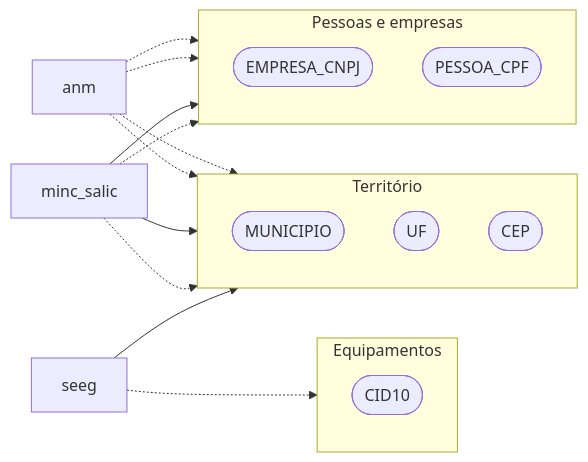
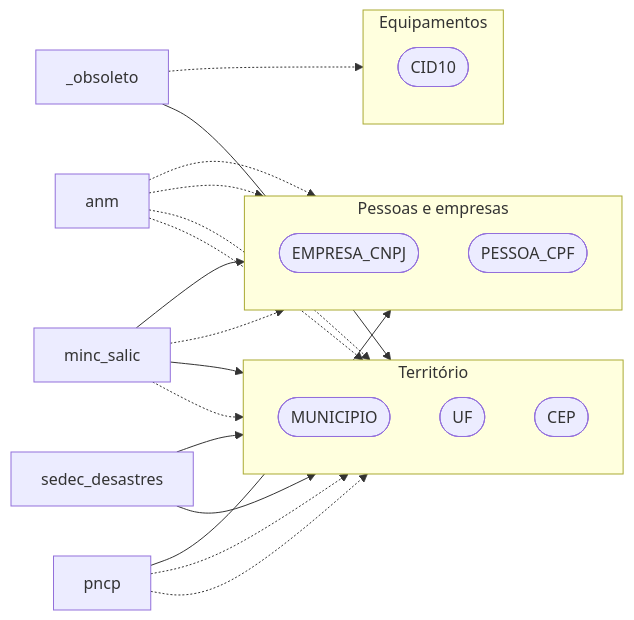
Diagram 12 of 12 in docs/Flow.md (rafapolo/rodado), drawn with Mermaid before and after one commit. The commit also changed other lines of this file and 4 other files, not shown here.

First line of the commit message:
docs: regenera Flow.md/Temas.md (226 datasets), remove benchmarks obsoletos

````diff
--- a/docs/Flow.md
+++ b/docs/Flow.md
@@ -958,31 +1021,38 @@
 ```mermaid
 flowchart LR
+    outros__obsoleto["_obsoleto"]
     outros_br_anm["anm"]
     outros_br_minc_salic["minc_salic"]
-    outros_br_seeg["seeg"]
+    outros_br_pncp["pncp"]
+    outros_br_sedec_desastres["sedec_desastres"]
     subgraph outros_g_territ_rio["Território"]
         direction TB
         outros_MUNICIPIO(["MUNICIPIO"])
         outros_UF(["UF"])
         outros_CEP(["CEP"])
     end
     subgraph outros_g_pessoas_e_empresas["Pessoas e empresas"]
         direction TB
         outros_EMPRESA_CNPJ(["EMPRESA_CNPJ"])
         outros_PESSOA_CPF(["PESSOA_CPF"])
     end
     subgraph outros_g_equipamentos["Equipamentos"]
         direction TB
         outros_CID10(["CID10"])
     end
+    outros__obsoleto -.-> outros_CID10
+    outros__obsoleto --> outros_MUNICIPIO
     outros_br_anm -.-> outros_EMPRESA_CNPJ
     outros_br_anm -.-> outros_MUNICIPIO
     outros_br_anm -.-> outros_PESSOA_CPF
     outros_br_anm -.-> outros_UF
     outros_br_minc_salic --> outros_CEP
     outros_br_minc_salic --> outros_EMPRESA_CNPJ
     outros_br_minc_salic -.-> outros_PESSOA_CPF
     outros_br_minc_salic -.-> outros_UF
-    outros_br_seeg -.-> outros_CID10
-    outros_br_seeg --> outros_MUNICIPIO
+    outros_br_pncp --> outros_EMPRESA_CNPJ
+    outros_br_pncp -.-> outros_MUNICIPIO
+    outros_br_pncp -.-> outros_UF
+    outros_br_sedec_desastres --> outros_MUNICIPIO
+    outros_br_sedec_desastres --> outros_UF
 ```
````
